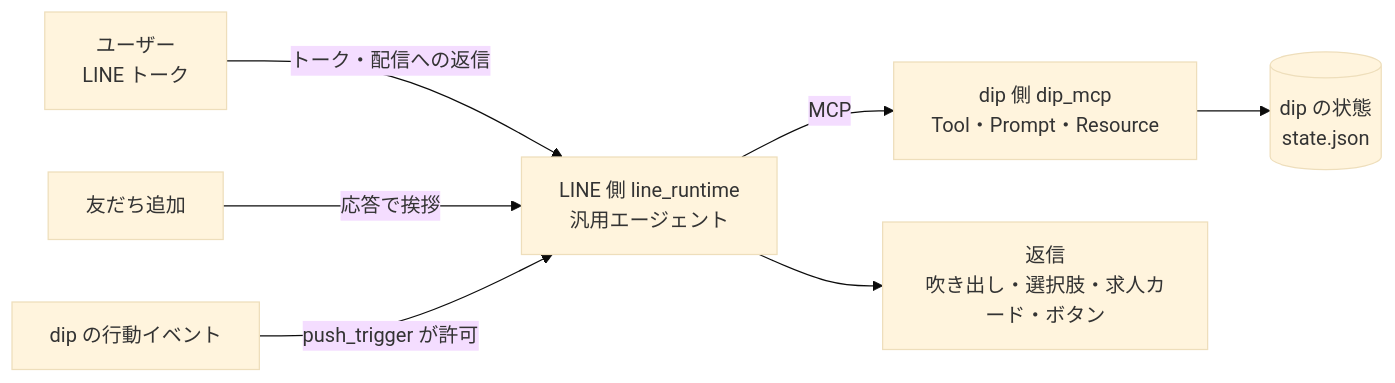
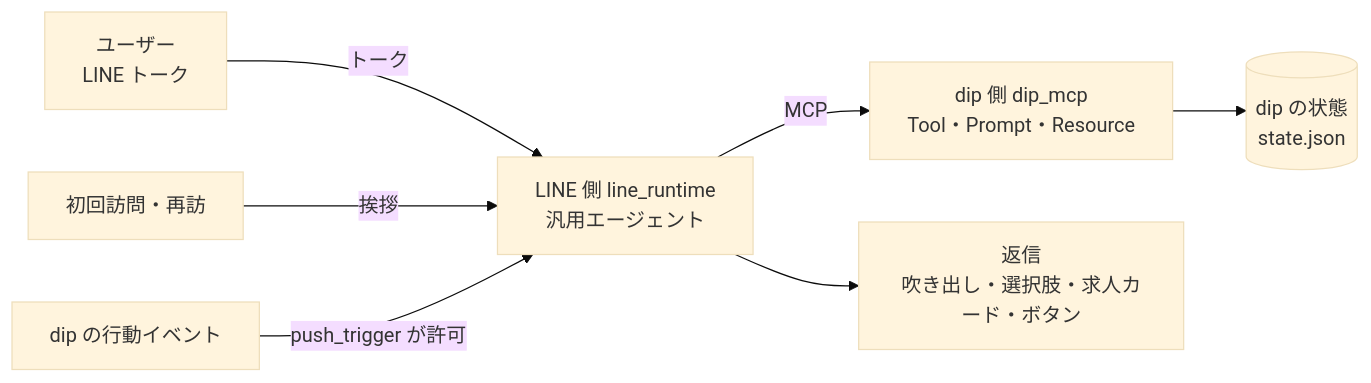
Before and after one commit to jyoka/aica: the diagram in docs/design/line-sim-architecture.md, drawn with Mermaid (base theme). The commit also changed other lines of this file and 25 other files, not shown here.

````diff
--- a/docs/design/line-sim-architecture.md
+++ b/docs/design/line-sim-architecture.md
@@ -12,9 +12,9 @@
 ```mermaid
 flowchart LR
-  U[ユーザー<br/>LINE トーク] -->|トーク・配信への返信| L[LINE 側 line_runtime<br/>汎用エージェント]
-  F[友だち追加] -->|応答で挨拶| L
+  U[ユーザー<br/>LINE トーク] -->|トーク| L[LINE 側 line_runtime<br/>汎用エージェント]
+  F[初回訪問・再訪] -->|挨拶| L
   B[dip の行動イベント] -->|push_trigger が許可| L
   L -->|MCP| D[dip 側 dip_mcp<br/>Tool・Prompt・Resource]
   D --> S[(dip の状態<br/>state.json)]
   L --> R[返信<br/>吹き出し・選択肢・求人カード・ボタン]
 ```
````
